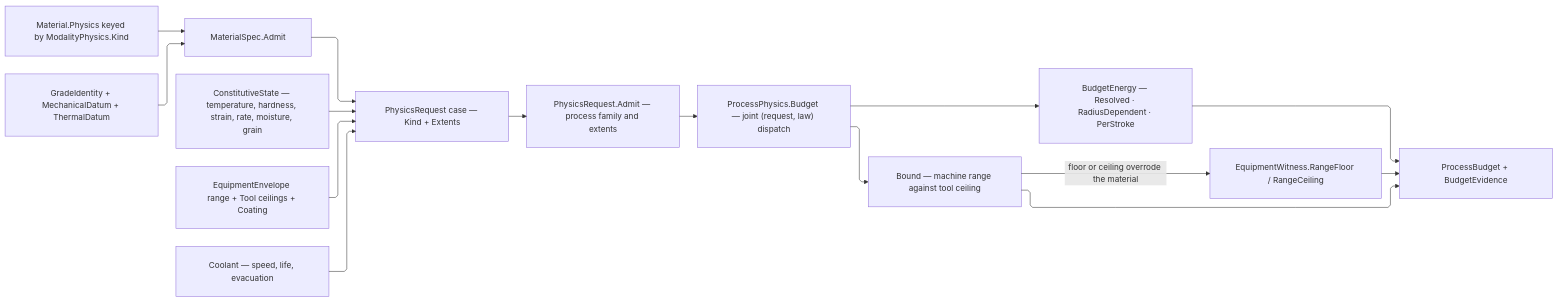
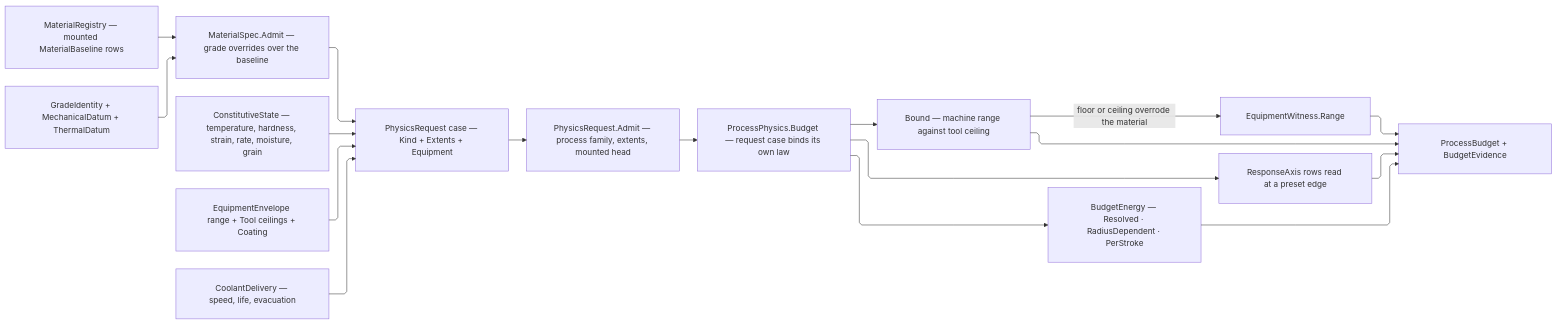
One commit to bsamiee/Rasm changed the diagram in libs/csharp/Rasm.Fabrication/.planning/Process/physics.md. Above: the diagram before and after it, drawn with Mermaid. The commit also changed other lines of this file and 747 other files, not shown here.

````diff
--- a/libs/csharp/Rasm.Fabrication/.planning/Process/physics.md
+++ b/libs/csharp/Rasm.Fabrication/.planning/Process/physics.md
@@ -1370,26 +1455,28 @@
 ```mermaid
 ---
 config:
   layout: elk
   flowchart:
     curve: linear
     padding: 25
 ---
 flowchart LR
     accTitle: Constitutive physics and budget flow
-    accDescr: Material family baselines keyed by each law's own physics kind combine with the grade datum, constitutive state, equipment columns, and coolant delivery into one admitted request whose joint dispatch returns a process-specific budget carrying its clamp witnesses and energy closure.
-    Family["Material.Physics keyed by ModalityPhysics.Kind"] --> Spec["MaterialSpec.Admit"]
+    accDescr: Mounted family baselines keyed by each law's own physics kind combine with the grade datum, constitutive state, equipment columns, and coolant delivery into one admitted request whose case dispatch returns a process-specific budget carrying its clamp witnesses, saturated axes, and energy closure.
+    Registry["MaterialRegistry — mounted MaterialBaseline rows"] --> Spec["MaterialSpec.Admit — grade overrides over the baseline"]
     Grade["GradeIdentity + MechanicalDatum + ThermalDatum"] --> Spec
-    Spec --> Request["PhysicsRequest case — Kind + Extents"]
+    Spec --> Request["PhysicsRequest case — Kind + Extents + Equipment"]
     State["ConstitutiveState — temperature, hardness, strain, rate, moisture, grain"] --> Request
     Tool["EquipmentEnvelope range + Tool ceilings + Coating"] --> Request
-    Delivery["Coolant — speed, life, evacuation"] --> Request
-    Request --> Admit["PhysicsRequest.Admit — process family and extents"]
-    Admit --> Budget["ProcessPhysics.Budget — joint (request, law) dispatch"]
+    Delivery["CoolantDelivery — speed, life, evacuation"] --> Request
+    Request --> Admit["PhysicsRequest.Admit — process family, extents, mounted head"]
+    Admit --> Budget["ProcessPhysics.Budget — request case binds its own law"]
     Budget --> Bound["Bound — machine range against tool ceiling"]
     Bound --> Receipt["ProcessBudget + BudgetEvidence"]
-    Bound -->|floor or ceiling overrode the material| Clamped["EquipmentWitness.RangeFloor / RangeCeiling"]
+    Bound -->|floor or ceiling overrode the material| Clamped["EquipmentWitness.Range"]
     Clamped --> Receipt
     Budget --> Energy["BudgetEnergy — Resolved · RadiusDependent · PerStroke"]
     Energy --> Receipt
+    Budget --> Saturated["ResponseAxis rows read at a preset edge"]
+    Saturated --> Receipt
 ```
````
